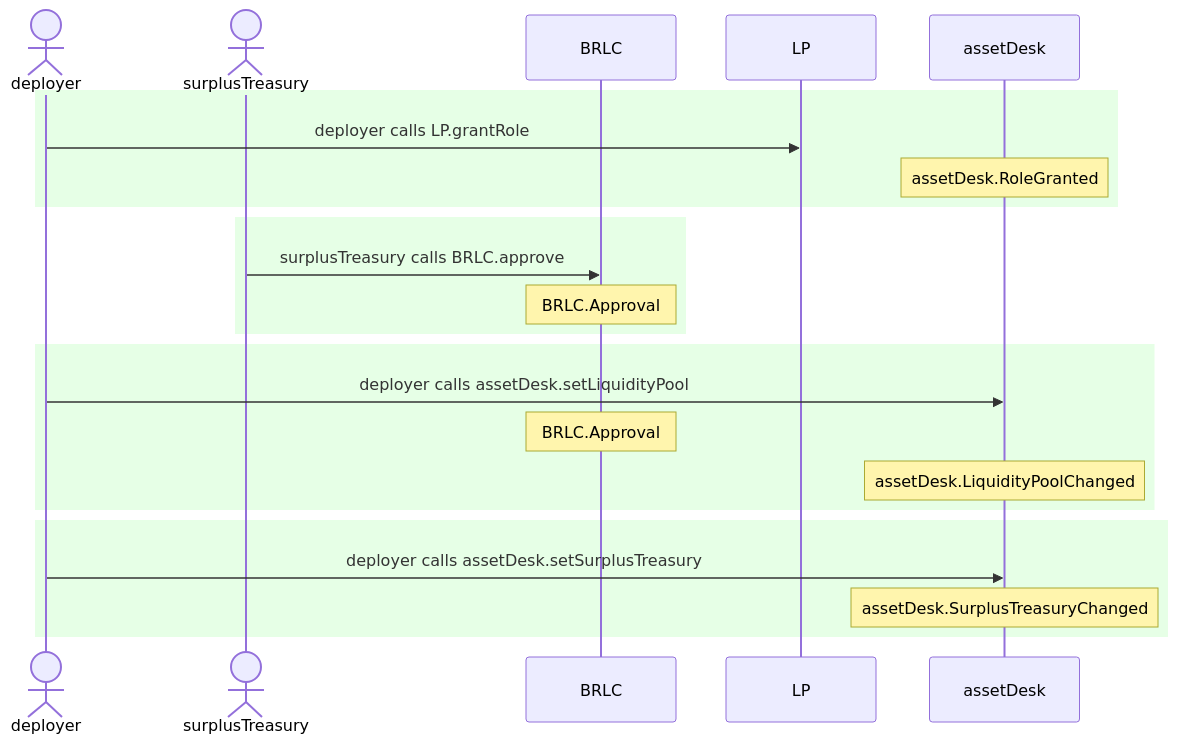
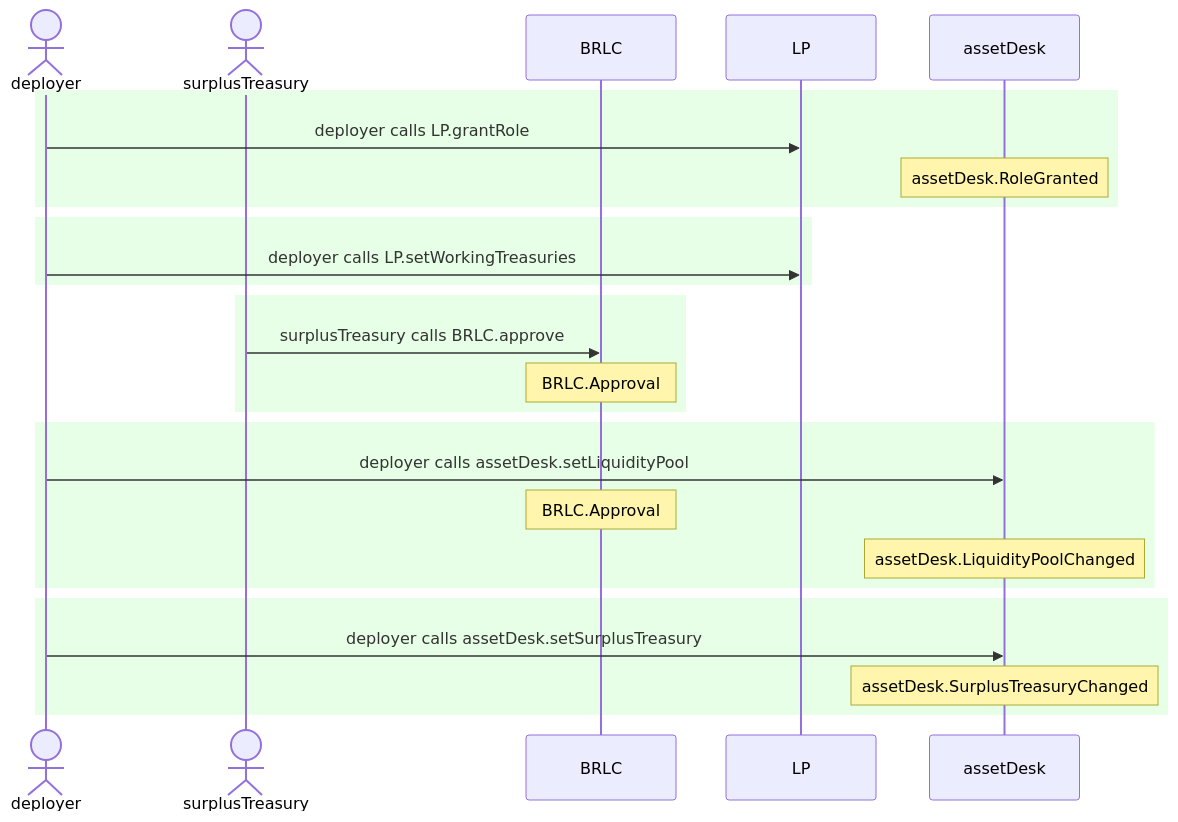
The second of 2 diagrams in test/__snapshots__humans__/AssetTransitDesk.test.md (cloudwalk/brlc-asset-transit-desk), drawn with Mermaid before and after one commit. The commit also changed other lines of this file and 2 other files, not shown here.

````diff
--- a/test/__snapshots__humans__/AssetTransitDesk.test.md
+++ b/test/__snapshots__humans__/AssetTransitDesk.test.md
@@ -120,25 +121,28 @@
 ```mermaid
 sequenceDiagram
   actor deployer
   actor surplusTreasury
   participant BRLC
   participant LP
   participant assetDesk
   rect rgb(230,255,230)
     deployer->>LP: deployer calls LP.grantRole
     Note over assetDesk: assetDesk.RoleGranted
+  end
+  rect rgb(230,255,230)
+    deployer->>LP: deployer calls LP.setWorkingTreasuries
   end
   rect rgb(230,255,230)
     surplusTreasury->>BRLC: surplusTreasury calls BRLC.approve
     Note over BRLC: BRLC.Approval
   end
   rect rgb(230,255,230)
     deployer->>assetDesk: deployer calls assetDesk.setLiquidityPool
     Note over BRLC: BRLC.Approval
     Note over assetDesk: assetDesk.LiquidityPoolChanged
   end
   rect rgb(230,255,230)
     deployer->>assetDesk: deployer calls assetDesk.setSurplusTreasury
     Note over assetDesk: assetDesk.SurplusTreasuryChanged
   end
 ```
````
